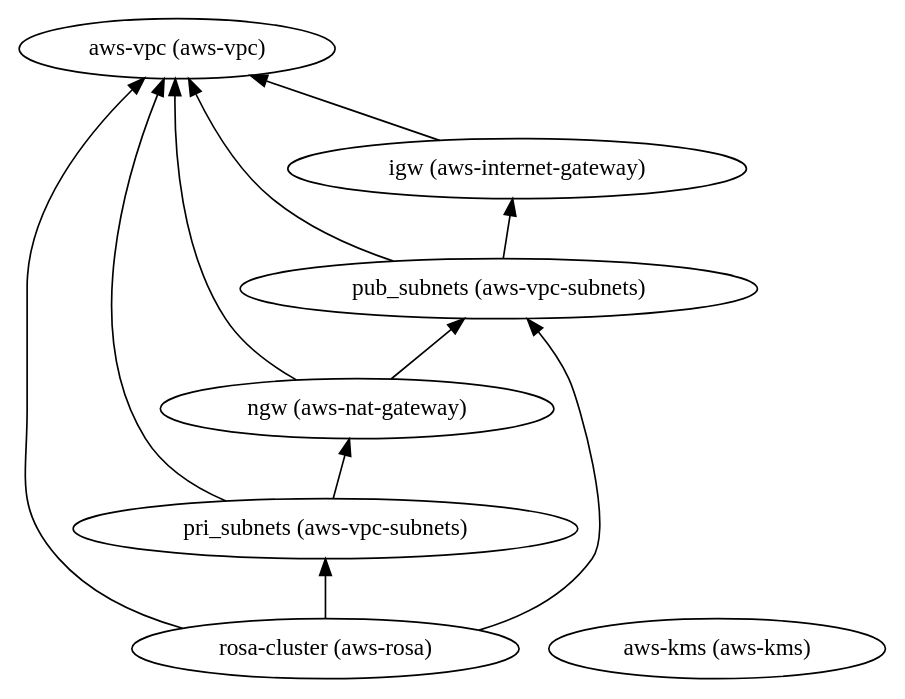
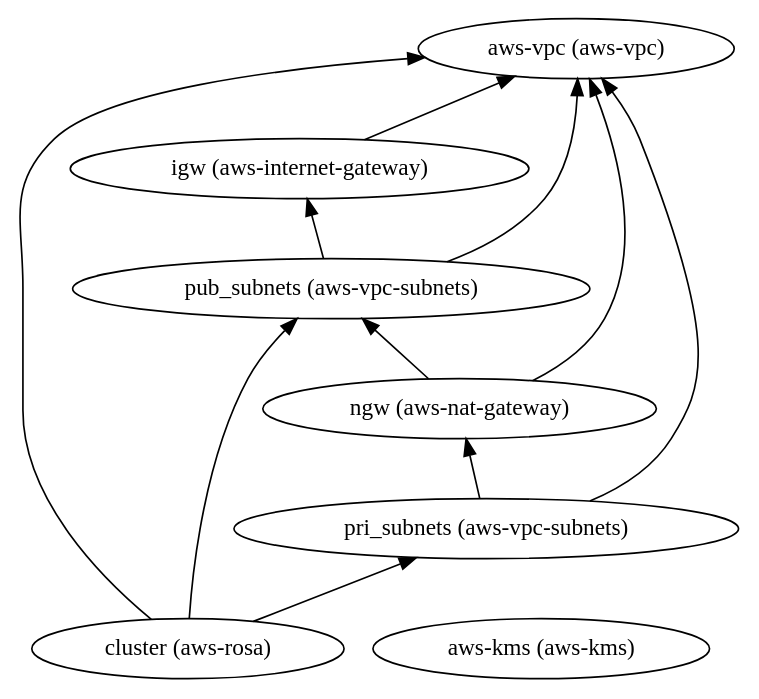
One commit to IBM/automation-aws-infra-openshift changed the diagram in 1-quickstart/105-aws-vpc-openshift/dependencies.dot. Above: the diagram before and after it, drawn with Graphviz. The commit also changed 6 other files, not shown here.

```diff
--- a/1-quickstart/105-aws-vpc-openshift/dependencies.dot
+++ b/1-quickstart/105-aws-vpc-openshift/dependencies.dot
@@ -1,20 +1,20 @@
 digraph {
     rankdir="BT"
     "aws-vpc (aws-vpc)"
 "igw (aws-internet-gateway)" -> "aws-vpc (aws-vpc)"
 "igw (aws-internet-gateway)"
 "aws-kms (aws-kms)"
-"pri_subnets (aws-vpc-subnets)" -> "aws-vpc (aws-vpc)"
-"pri_subnets (aws-vpc-subnets)" -> "ngw (aws-nat-gateway)"
-"pri_subnets (aws-vpc-subnets)"
 "ngw (aws-nat-gateway)" -> "aws-vpc (aws-vpc)"
 "ngw (aws-nat-gateway)" -> "pub_subnets (aws-vpc-subnets)"
 "ngw (aws-nat-gateway)"
 "pub_subnets (aws-vpc-subnets)" -> "aws-vpc (aws-vpc)"
 "pub_subnets (aws-vpc-subnets)" -> "igw (aws-internet-gateway)"
 "pub_subnets (aws-vpc-subnets)"
-"rosa-cluster (aws-rosa)" -> "aws-vpc (aws-vpc)"
-"rosa-cluster (aws-rosa)" -> "pub_subnets (aws-vpc-subnets)"
-"rosa-cluster (aws-rosa)" -> "pri_subnets (aws-vpc-subnets)"
-"rosa-cluster (aws-rosa)"
+"pri_subnets (aws-vpc-subnets)" -> "aws-vpc (aws-vpc)"
+"pri_subnets (aws-vpc-subnets)" -> "ngw (aws-nat-gateway)"
+"pri_subnets (aws-vpc-subnets)"
+"cluster (aws-rosa)" -> "aws-vpc (aws-vpc)"
+"cluster (aws-rosa)" -> "pub_subnets (aws-vpc-subnets)"
+"cluster (aws-rosa)" -> "pri_subnets (aws-vpc-subnets)"
+"cluster (aws-rosa)"
   }
```
